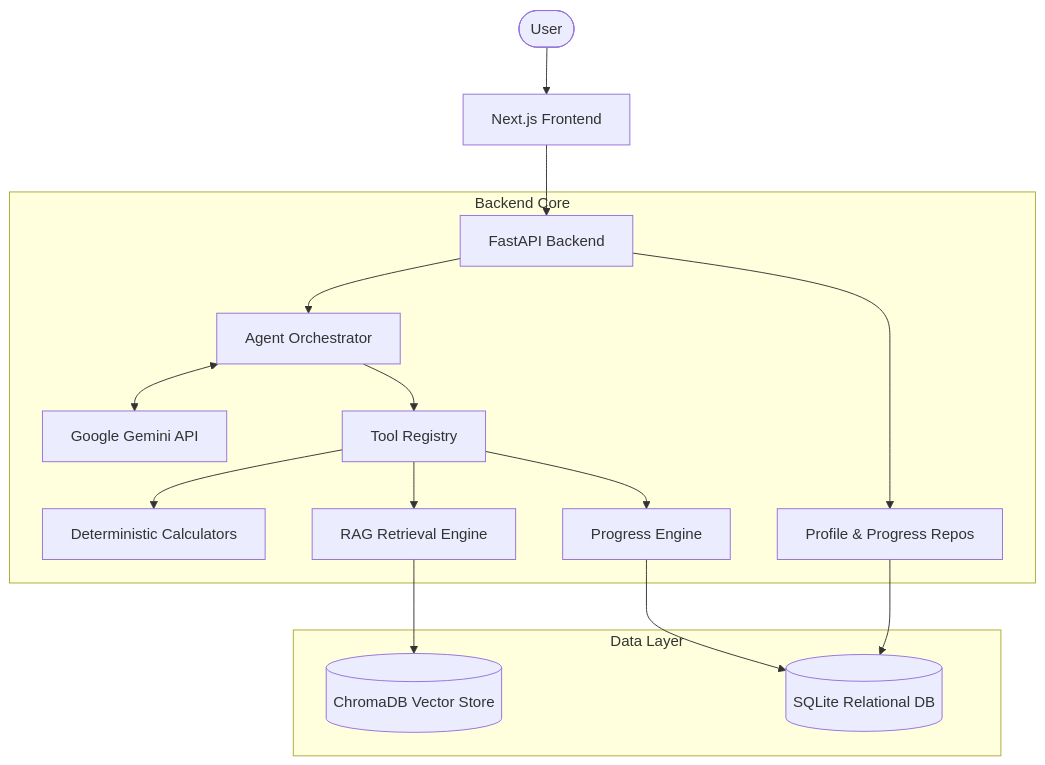
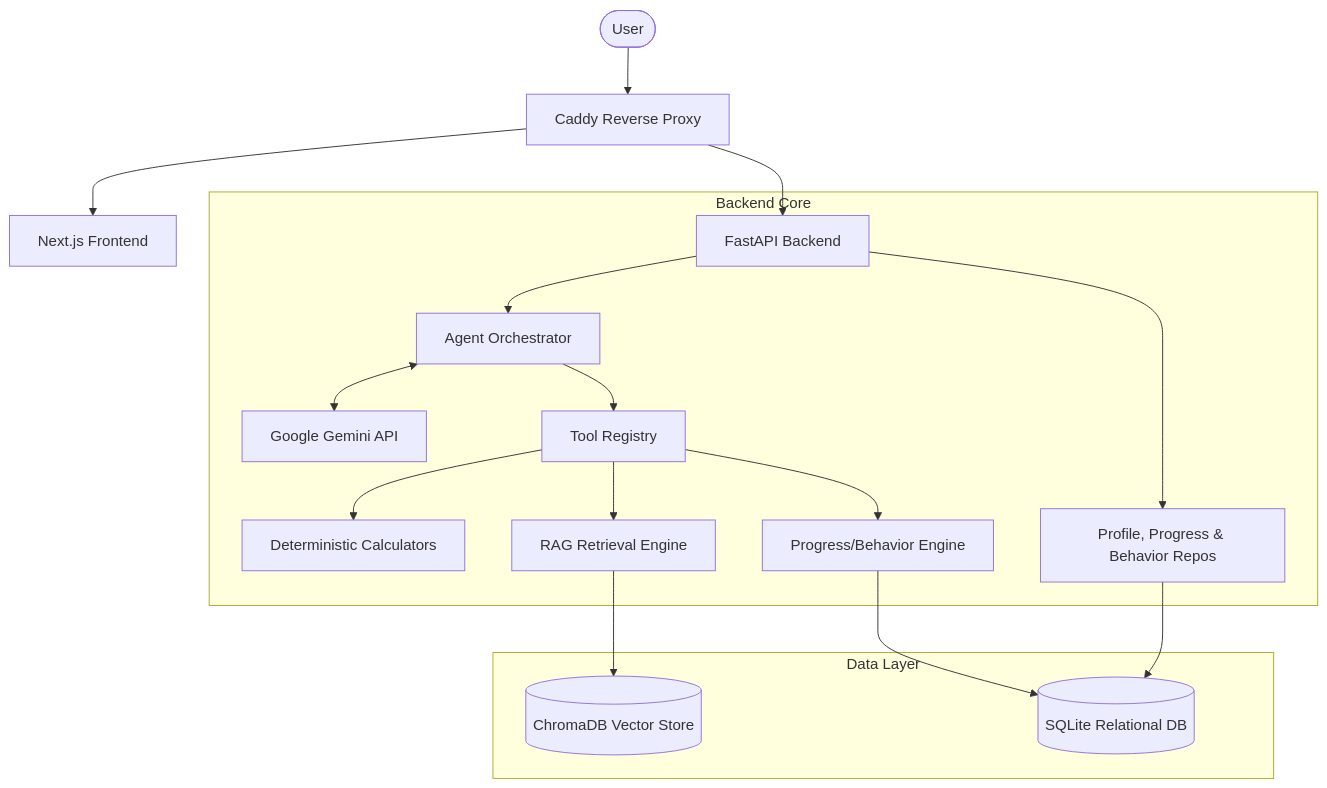
One commit to vedantkhangare5/FitMind changed the diagram in README.md. Above: the diagram before and after it, drawn with Mermaid. The commit also changed other lines of this file and 3 other files, not shown here.

````diff
--- a/README.md
+++ b/README.md
@@ -11,23 +19,24 @@
 ```mermaid
 flowchart TD
-    User([User]) --> Frontend[Next.js Frontend]
-    Frontend --> API[FastAPI Backend]
+    User([User]) --> Caddy[Caddy Reverse Proxy]
+    Caddy --> Frontend[Next.js Frontend]
+    Caddy --> API[FastAPI Backend]
     
     subgraph Backend Core
         API --> Orchestrator[Agent Orchestrator]
         Orchestrator <--> Gemini[Google Gemini API]
         
         Orchestrator --> Tools[Tool Registry]
         Tools --> Calc[Deterministic Calculators]
         Tools --> RAG[RAG Retrieval Engine]
-        Tools --> ProgressEngine[Progress Engine]
+        Tools --> ProgressEngine[Progress/Behavior Engine]
         
-        API --> ProfileRepo[Profile & Progress Repos]
+        API --> ProfileRepo[Profile, Progress & Behavior Repos]
     end
     
     subgraph Data Layer
         RAG --> Chroma[(ChromaDB Vector Store)]
         ProfileRepo --> SQLite[(SQLite Relational DB)]
         ProgressEngine --> SQLite
     end
 ```
````
